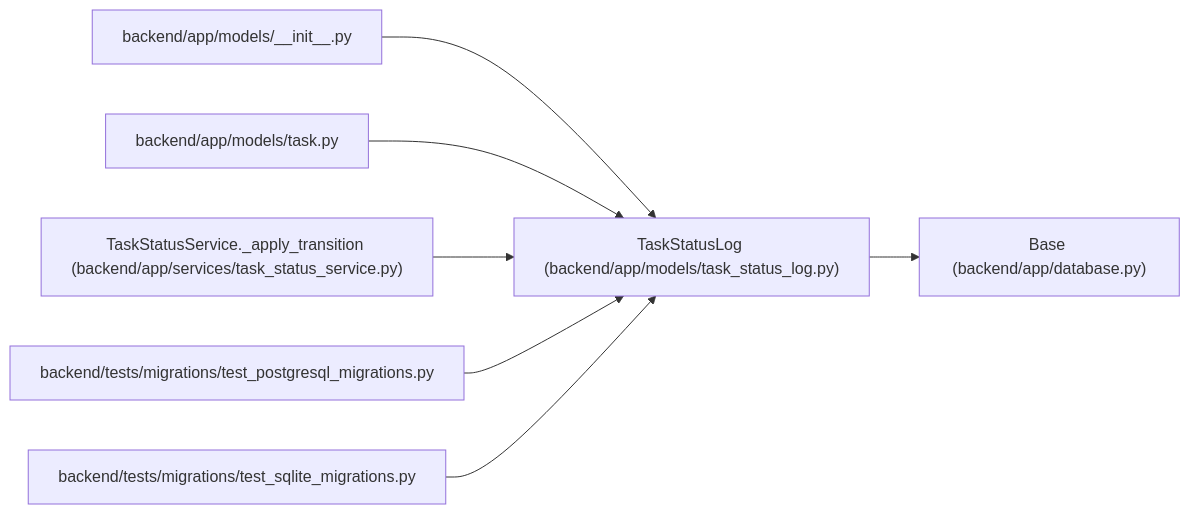
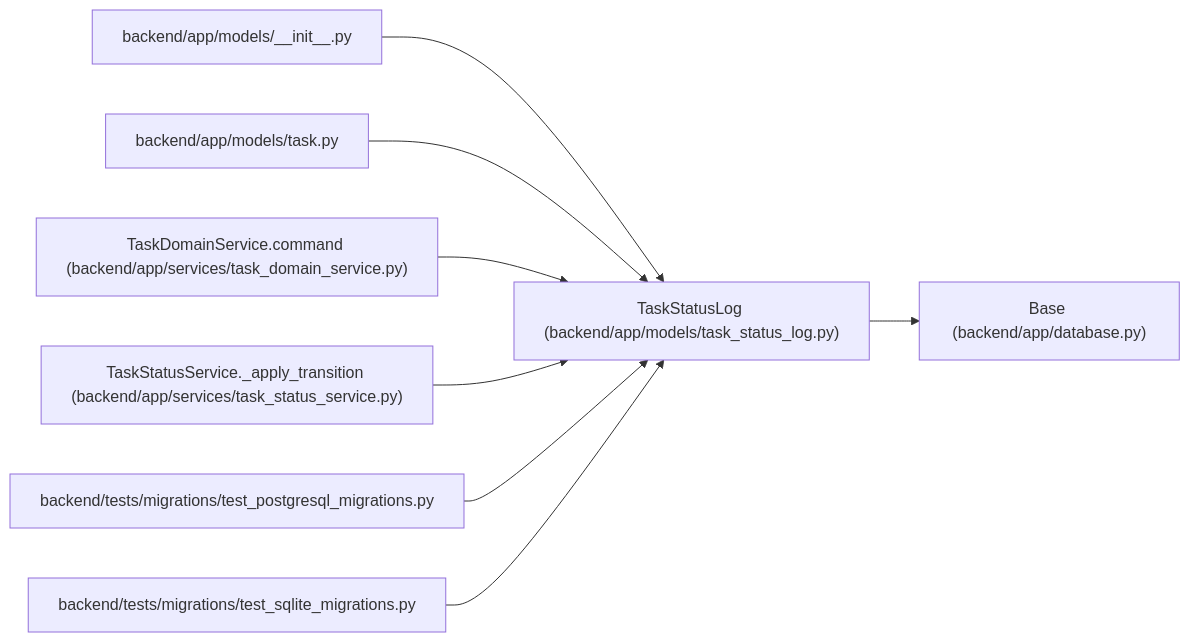
One commit to Denissvgn/WorkChord changed the diagram in docs/llm_wiki/entities/task_status_log_TaskStatusLog.md. Above: the diagram before and after it, drawn with Mermaid. The commit also changed other lines of this file and 1238 other files, not shown here.

First line of the commit message:
docs(wiki): publish compact canonical domain architecture

````diff
--- a/docs/llm_wiki/entities/task_status_log_TaskStatusLog.md
+++ b/docs/llm_wiki/entities/task_status_log_TaskStatusLog.md
@@ -35,23 +35,26 @@
 ```mermaid
 flowchart LR
     n0["TaskStatusLog (backend/app/models/task_status_log.py)"]
     n1["Base (backend/app/database.py)"]
     n2["backend/app/models/__init__.py"]
     n3["backend/app/models/task.py"]
-    n4["TaskStatusService._apply_transition (backend/app/services/task_status_service.py)"]
-    n5["backend/tests/migrations/test_postgresql_migrations.py"]
-    n6["backend/tests/migrations/test_sqlite_migrations.py"]
+    n4["TaskDomainService.command (backend/app/services/task_domain_service.py)"]
+    n5["TaskStatusService._apply_transition (backend/app/services/task_status_service.py)"]
+    n6["backend/tests/migrations/test_postgresql_migrations.py"]
+    n7["backend/tests/migrations/test_sqlite_migrations.py"]
     n0 --> n1
     n2 --> n0
     n3 --> n0
     n4 --> n0
     n5 --> n0
     n6 --> n0
+    n7 --> n0
     click n0 "../modules/task_status_log.md"
     click n1 "../modules/app_database.md"
     click n2 "../modules/models___init__.md"
     click n3 "../modules/models_task.md"
-    click n4 "../modules/task_status_service.md"
-    click n5 "../modules/test_postgresql_migrations.md"
-    click n6 "../modules/test_sqlite_migrations.md"
+    click n4 "../modules/task_domain_service.md"
+    click n5 "../modules/task_status_service.md"
+    click n6 "../modules/test_postgresql_migrations.md"
+    click n7 "../modules/test_sqlite_migrations.md"
 ```
````
